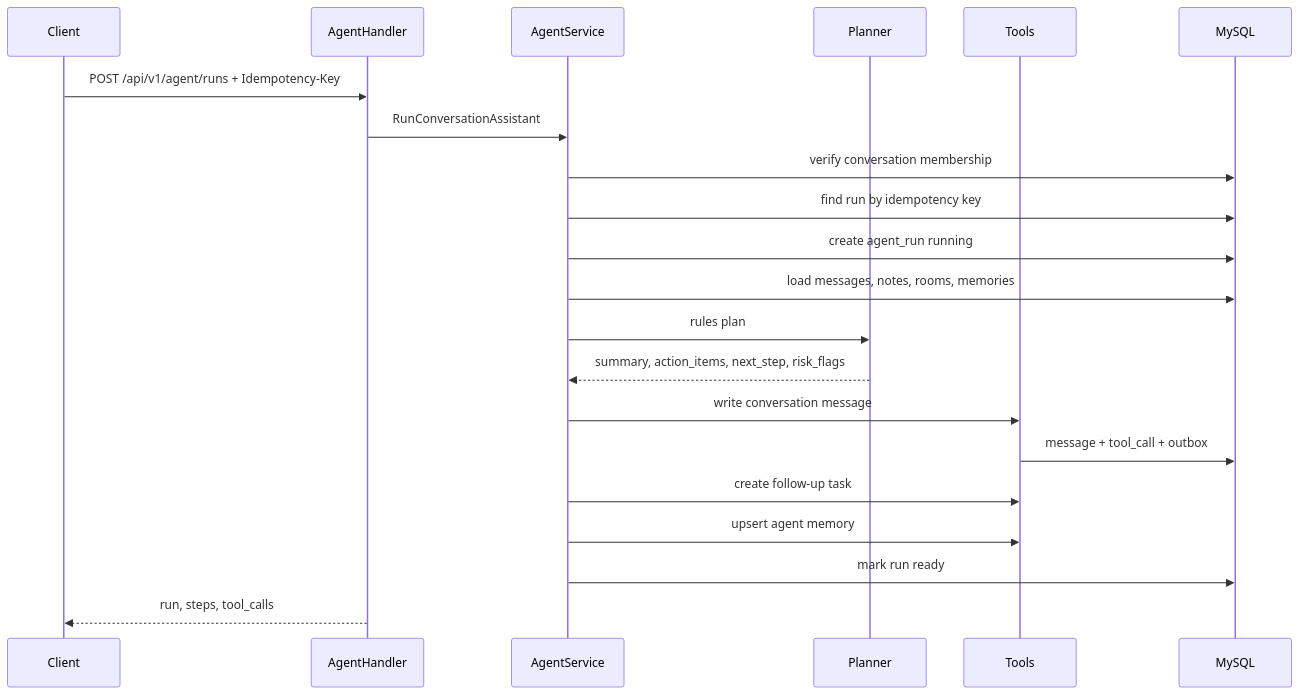
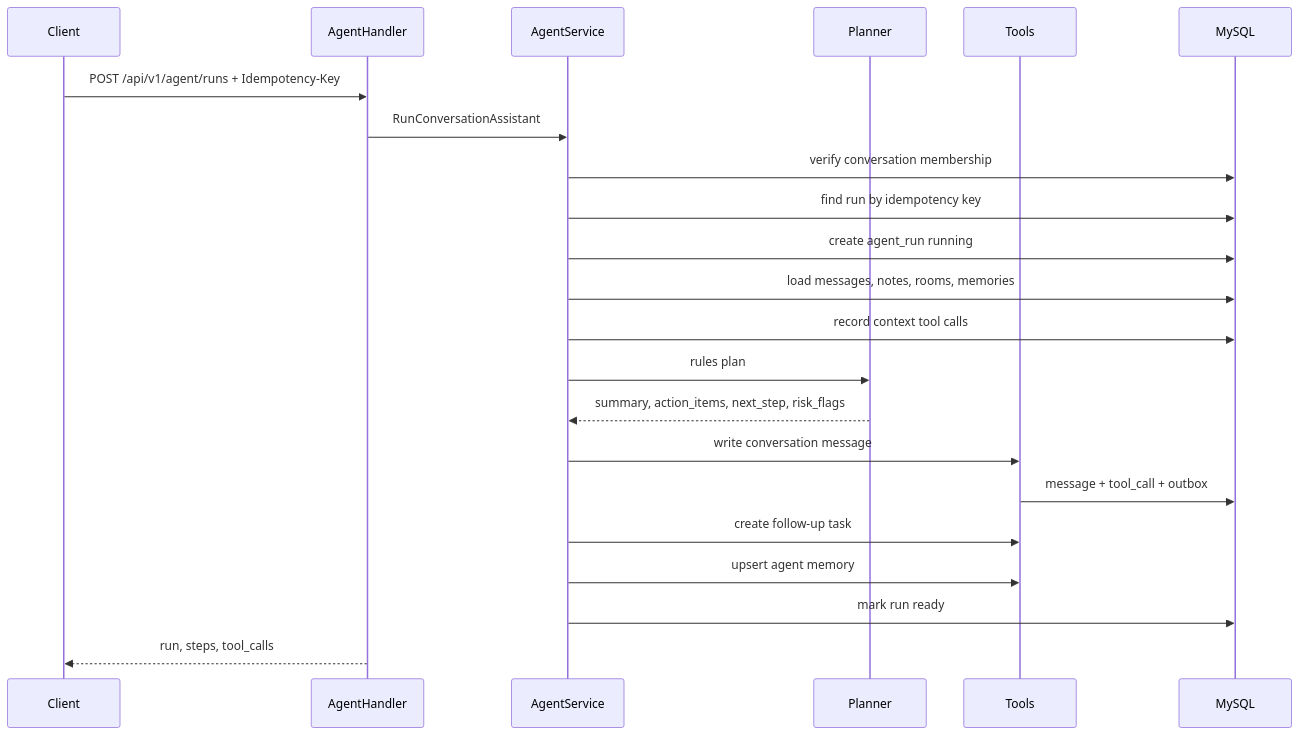
The third of 3 diagrams in docs/interview/system-design.md (XianingY/AllCallAll), drawn with Mermaid before and after one commit. The commit also changed other lines of this file and 8 other files, not shown here.

````diff
--- a/docs/interview/system-design.md
+++ b/docs/interview/system-design.md
@@ -74,24 +78,25 @@
 ```mermaid
 sequenceDiagram
     participant Client
     participant Handler as AgentHandler
     participant Service as AgentService
     participant Planner
     participant Tools
     participant DB as MySQL
 
     Client->>Handler: POST /api/v1/agent/runs + Idempotency-Key
     Handler->>Service: RunConversationAssistant
     Service->>DB: verify conversation membership
     Service->>DB: find run by idempotency key
     Service->>DB: create agent_run running
     Service->>DB: load messages, notes, rooms, memories
+    Service->>DB: record context tool calls
     Service->>Planner: rules plan
     Planner-->>Service: summary, action_items, next_step, risk_flags
     Service->>Tools: write conversation message
     Tools->>DB: message + tool_call + outbox
     Service->>Tools: create follow-up task
     Service->>Tools: upsert agent memory
     Service->>DB: mark run ready
     Handler-->>Client: run, steps, tool_calls
 ```
````
